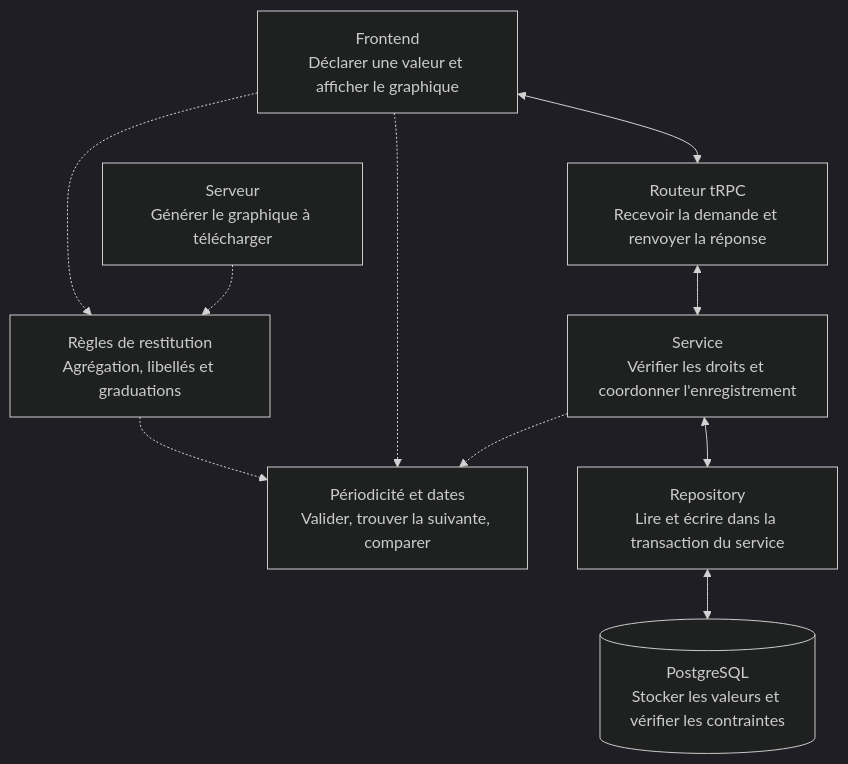
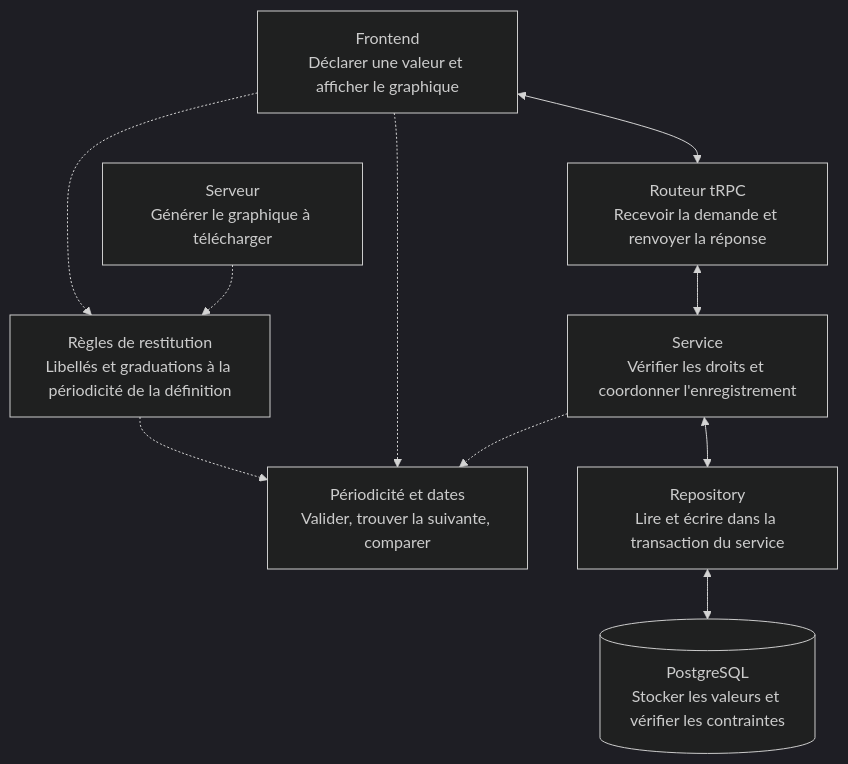
The second of 2 diagrams in doc/adr/0018-periodicite-des-indicateurs.md (incubateur-ademe/territoires-en-transitions), drawn with Mermaid (dark theme) before and after one commit. The commit also changed other lines of this file and 4 other files, not shown here.

````diff
--- a/doc/adr/0018-periodicite-des-indicateurs.md
+++ b/doc/adr/0018-periodicite-des-indicateurs.md
@@ -186,13 +169,13 @@
 ```mermaid
 flowchart TB
     UI["Frontend<br/>Déclarer une valeur et afficher le graphique"] <--> API["Routeur tRPC<br/>Recevoir la demande et renvoyer la réponse"]
     API <--> SERVICE["Service<br/>Vérifier les droits et coordonner l'enregistrement"]
     SERVICE <--> REPO["Repository<br/>Lire et écrire dans la transaction du service"]
     REPO <--> DB[("PostgreSQL<br/>Stocker les valeurs et vérifier les contraintes")]
 
     UI -.-> PERIODES["Périodicité et dates<br/>Valider, trouver la suivante, comparer"]
     SERVICE -.-> PERIODES
-    UI -.-> PRESENTATION["Règles de restitution<br/>Agrégation, libellés et graduations"]
+    UI -.-> PRESENTATION["Règles de restitution<br/>Libellés et graduations à la périodicité de la définition"]
     RENDU["Serveur<br/>Générer le graphique à télécharger"] -.-> PRESENTATION
     PRESENTATION -.-> PERIODES
 ```
````
